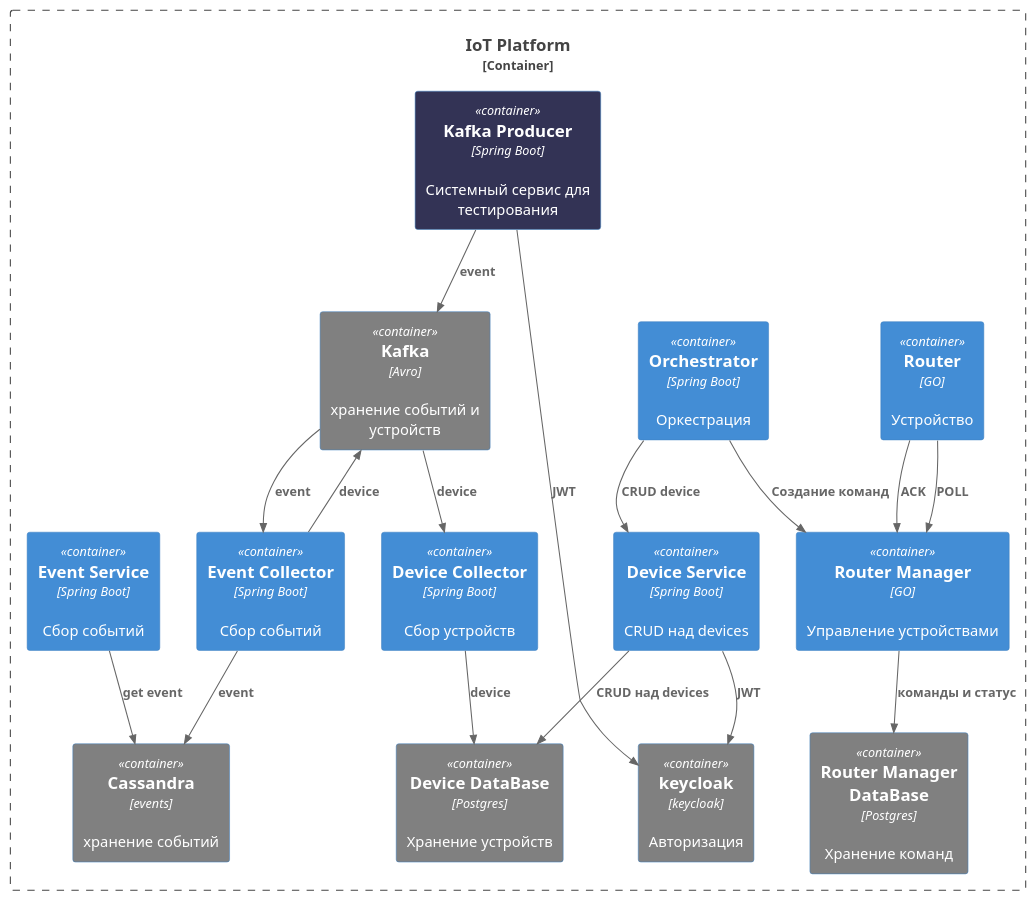
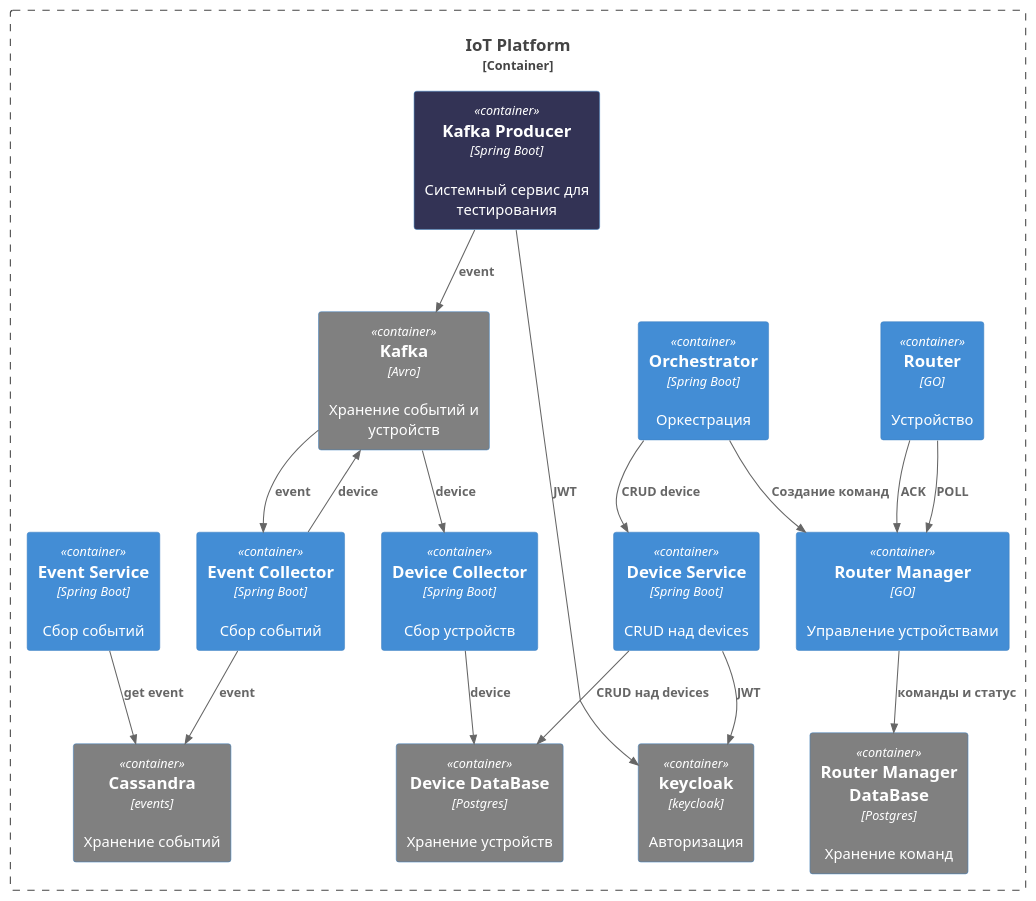
The diagram in diagrams/common/iot-system.puml (ApenDover/ourcode-iot-platform), drawn with PlantUML before and after one commit. The commit also changed 6 other files, not shown here.

```diff
--- a/diagrams/common/iot-system.puml
+++ b/diagrams/common/iot-system.puml
@@ -1,37 +1,37 @@
 @startuml Containers
 !includeurl https://raw.githubusercontent.com/plantuml-stdlib/C4-PlantUML/master/C4_Container.puml
 
 Container_Boundary(platform, "IoT Platform") {
     Container(router, "Router", "GO", "Устройство")
     Container(routermanager, "Router Manager", "GO", "Управление устройствами")
     Container(eventcollector, "Event Collector", "Spring Boot", "Сбор событий")
-    Container(cassandra, "Cassandra", "events", "хранение событий") #gray
+    Container(cassandra, "Cassandra", "events", "Хранение событий") #gray
     Container(eventservice, "Event Service", "Spring Boot", "Сбор событий")
     Container(devicecollector, "Device Collector", "Spring Boot", "Сбор устройств")
     Container(routermanagerdb, "Router Manager DataBase", "Postgres", "Хранение команд") #gray
     Container(devicedb, "Device DataBase", "Postgres", "Хранение устройств") #gray
     Container(devser, "Device Service", "Spring Boot", "CRUD над devices")
     Container(kafkaproducer, "Kafka Producer", "Spring Boot", "Системный сервис для тестирования") #333355
-    Container(kafka, "Kafka", "Avro", "хранение событий и устройств") #gray
+    Container(kafka, "Kafka", "Avro", "Хранение событий и устройств") #gray
     Container(keycloak, "keycloak", "keycloak", "Авторизация") #gray
     Container(orchestrator, "Orchestrator", "Spring Boot", "Оркестрация")
 }
 Rel("orchestrator", "devser", "CRUD device")
 Rel("orchestrator", "routermanager", "Создание команд")
 
 Rel("kafkaproducer", "kafka", "event")
 Rel("kafkaproducer", "keycloak", "JWT")
 Rel("devser", "keycloak", "JWT")
 Rel("kafka", "eventcollector", "event")
 Rel("eventcollector", "cassandra", "event")
 Rel("eventservice", "cassandra", "get event")
 Rel("eventcollector", "kafka", "device")
 Rel("kafka", "devicecollector", "device")
 Rel("devicecollector", "devicedb", "device")
 Rel("devser", "devicedb", "CRUD над devices")
 
 Rel("router", "routermanager", "POLL")
 Rel("router", "routermanager", "ACK")
 Rel("routermanager", "routermanagerdb", "команды и статус")
 
 @enduml
```
